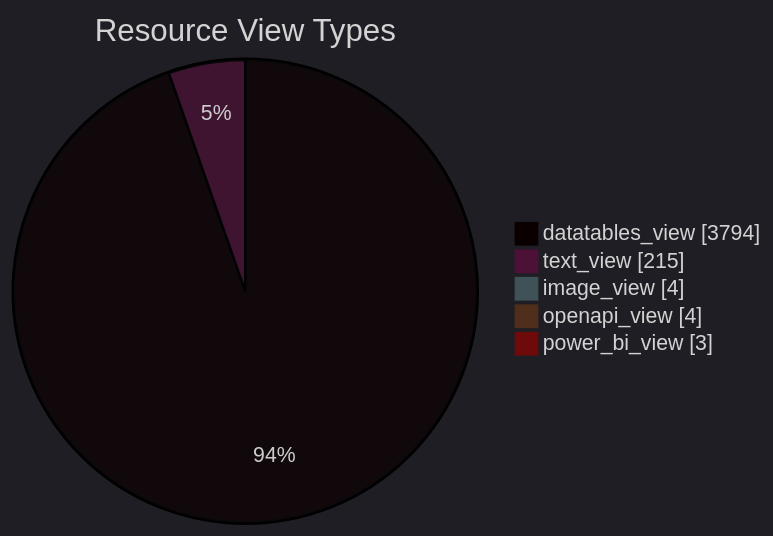
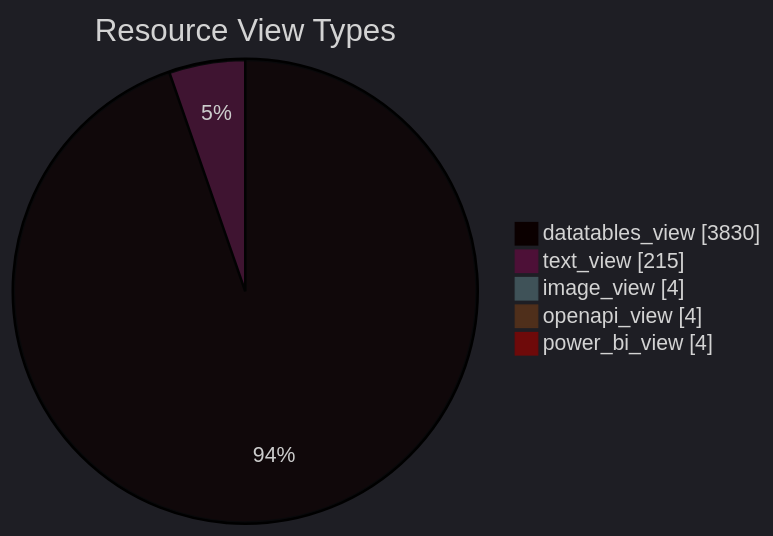
Before and after one commit to open-data/analytics-corporate-reporting: the diagram in datastore_tracker/resource_view_types_pie_chart.md, drawn with Mermaid. The commit also changed 11 other files, not shown here.

````diff
--- a/datastore_tracker/resource_view_types_pie_chart.md
+++ b/datastore_tracker/resource_view_types_pie_chart.md
@@ -2,12 +2,12 @@
 ```mermaid
 ---
 config:
   theme: dark
 ---
 pie showData title Resource View Types
-    "datatables_view": 3794
+    "datatables_view": 3830
     "text_view": 215
     "image_view": 4
     "openapi_view": 4
-    "power_bi_view": 3
+    "power_bi_view": 4
 ```
````
